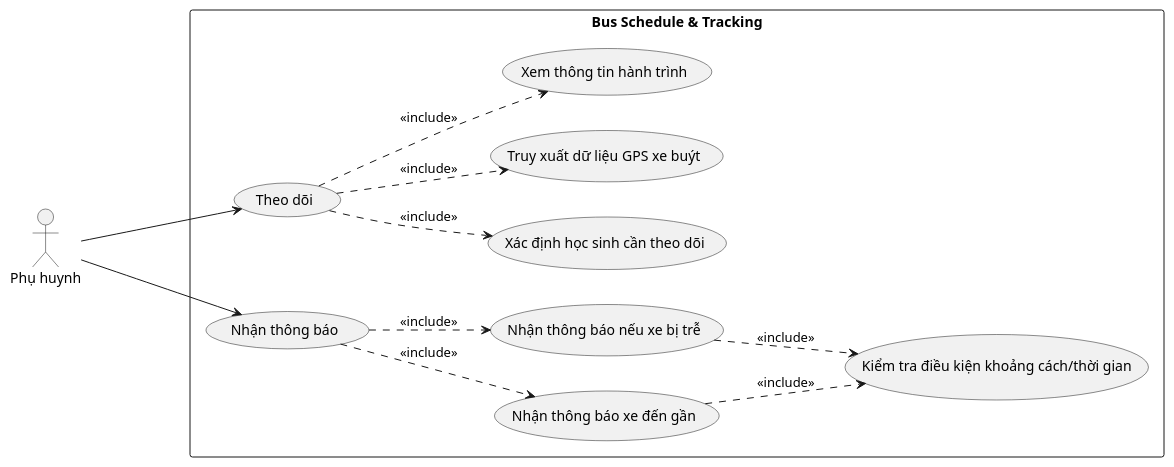
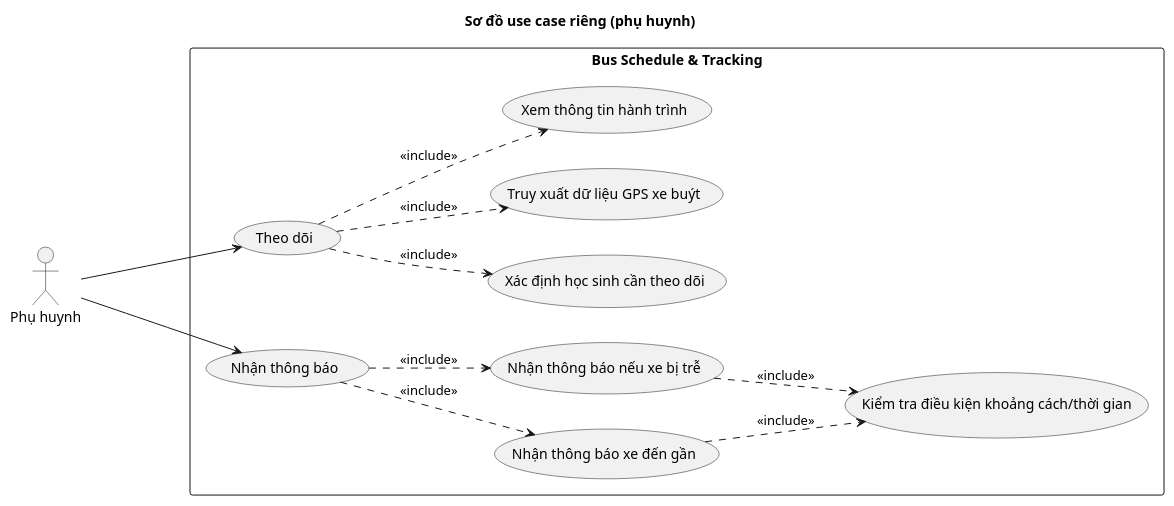
The diagram in uml/use_case/phuhuynh.puml (Bancie/VietBus), drawn with PlantUML before and after one commit. The commit also changed 7 other files, not shown here.

First line of the commit message:
Add titles to use case PlantUML diagrams

```diff
--- a/uml/use_case/phuhuynh.puml
+++ b/uml/use_case/phuhuynh.puml
@@ -1,30 +1,31 @@
 @startuml
+title Sơ đồ use case riêng (phụ huynh)
 left to right direction
 actor "Phụ huynh" as ph
 
 rectangle "Bus Schedule & Tracking" {
     usecase "Theo dõi" as UC5
     usecase "Nhận thông báo" as UC10
     
     usecase "Xác định học sinh cần theo dõi" as UC11
     usecase "Truy xuất dữ liệu GPS xe buýt" as UC12
     usecase "Xem thông tin hành trình" as UC13
     usecase "Nhận thông báo xe đến gần" as UC14
     usecase "Nhận thông báo nếu xe bị trễ" as UC15
     
     usecase "Kiểm tra điều kiện khoảng cách/thời gian" as UC16
 
     UC5 ..> UC11 : <<include>>
     UC5 ..> UC12 : <<include>>
     UC5 ..> UC13 : <<include>>
 
     UC10 ..> UC14 : <<include>>
     UC10 ..> UC15 : <<include>>
 
     UC15 ..> UC16 : <<include>>
     UC14 ..> UC16 : <<include>>
 }
 
 ph ---> UC10
 ph ---> UC5
 @enduml
```
